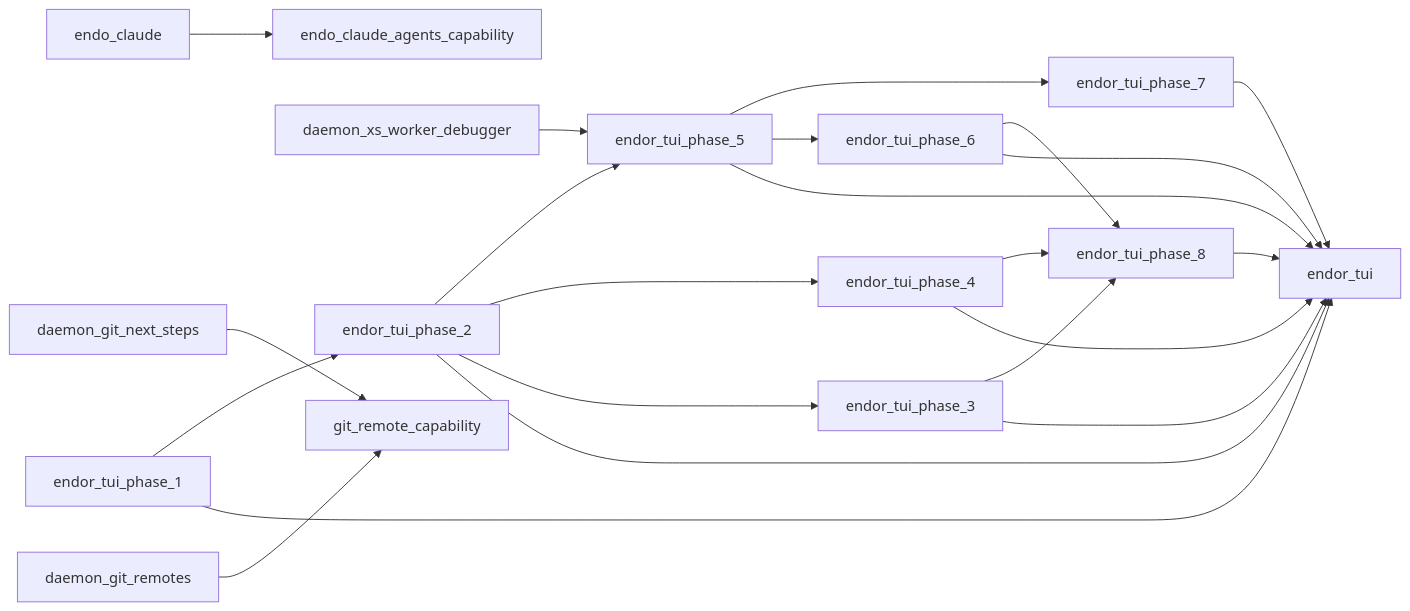
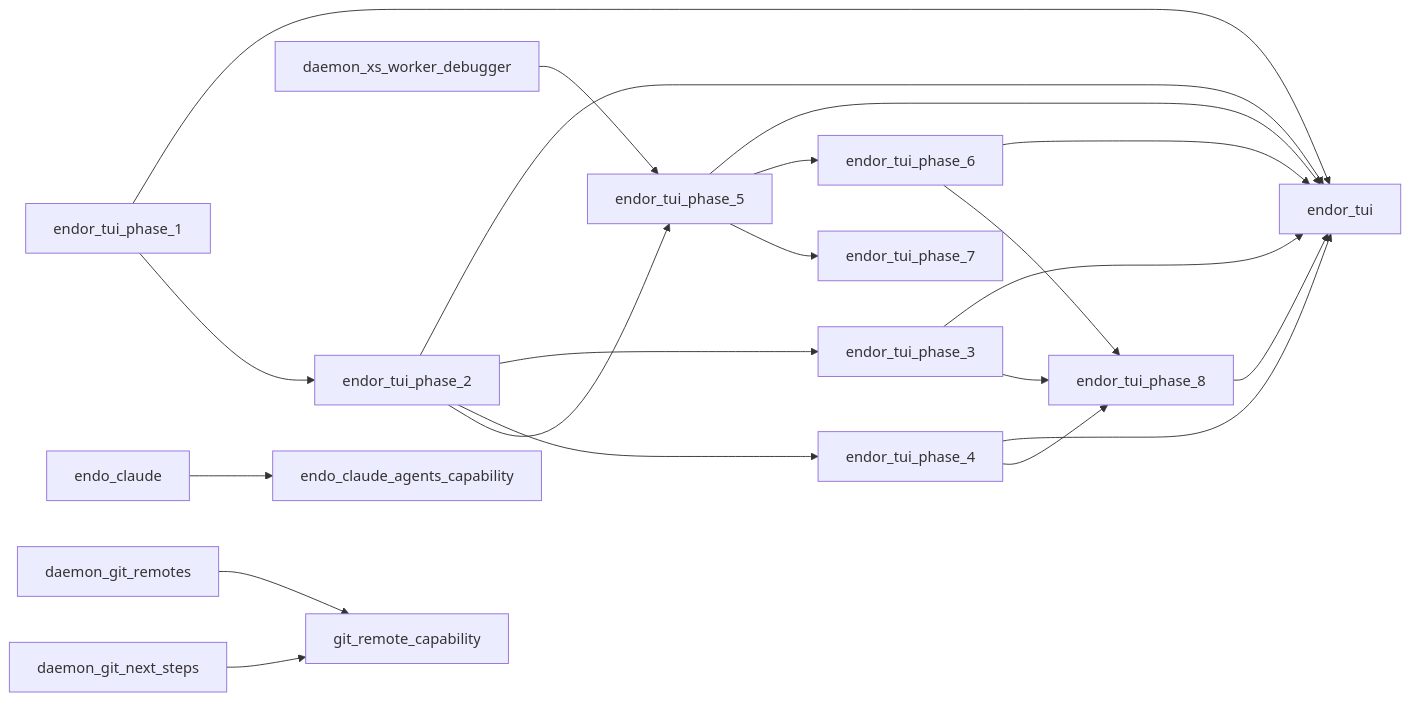
One commit to kriscendobot/garden changed the diagram in plan/README.md. Above: the diagram before and after it, drawn with Mermaid.

Commit message:
plan: re-render roadmap view from records

````diff
--- a/plan/README.md
+++ b/plan/README.md
@@ -194,24 +194,23 @@
 ```mermaid
 flowchart LR
   endor_tui_phase_1 --> endor_tui
   endor_tui_phase_2 --> endor_tui
   endor_tui_phase_3 --> endor_tui
   endor_tui_phase_4 --> endor_tui
   endor_tui_phase_5 --> endor_tui
   endor_tui_phase_6 --> endor_tui
-  endor_tui_phase_7 --> endor_tui
   endor_tui_phase_8 --> endor_tui
   endor_tui_phase_1 --> endor_tui_phase_2
   endor_tui_phase_2 --> endor_tui_phase_3
   endor_tui_phase_2 --> endor_tui_phase_4
   endor_tui_phase_2 --> endor_tui_phase_5
   daemon_xs_worker_debugger --> endor_tui_phase_5
   endor_tui_phase_5 --> endor_tui_phase_6
   endor_tui_phase_5 --> endor_tui_phase_7
   endor_tui_phase_3 --> endor_tui_phase_8
   endor_tui_phase_4 --> endor_tui_phase_8
   endor_tui_phase_6 --> endor_tui_phase_8
   endo_claude --> endo_claude_agents_capability
   daemon_git_remotes --> git_remote_capability
   daemon_git_next_steps --> git_remote_capability
 ```
````
